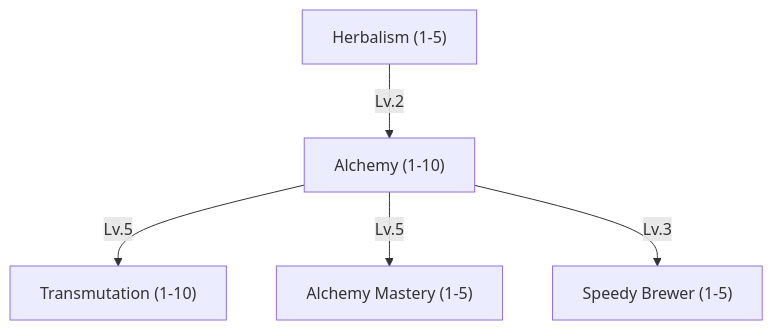
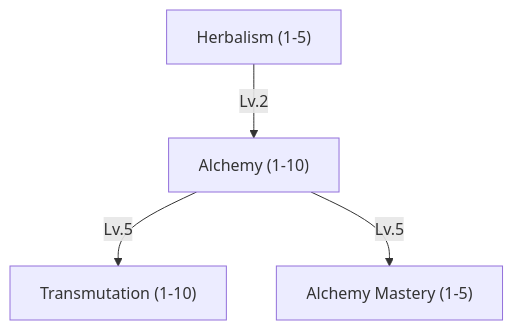
Before and after one commit to tfelix/bestia-docs: the fifth of 16 diagrams in content/docs/mechanics/master.md, drawn with Mermaid. The commit also changed other lines of this file and 31 other files, not shown here.

````diff
--- a/content/docs/mechanics/master.md
+++ b/content/docs/mechanics/master.md
@@ -453,13 +451,11 @@
 ```mermaid
 graph TD
     Herbalism["Herbalism (1-5)"]
     Alchemy["Alchemy (1-10)"]
     Transmutation["Transmutation (1-10)"]
     AlchemyMastery["Alchemy Mastery (1-5)"]
-    SpeedyBrewer["Speedy Brewer (1-5)"]
 
     Herbalism -->|Lv.2| Alchemy
     Alchemy -->|Lv.5| Transmutation
     Alchemy -->|Lv.5| AlchemyMastery
-    Alchemy -->|Lv.3| SpeedyBrewer
 ```
````
